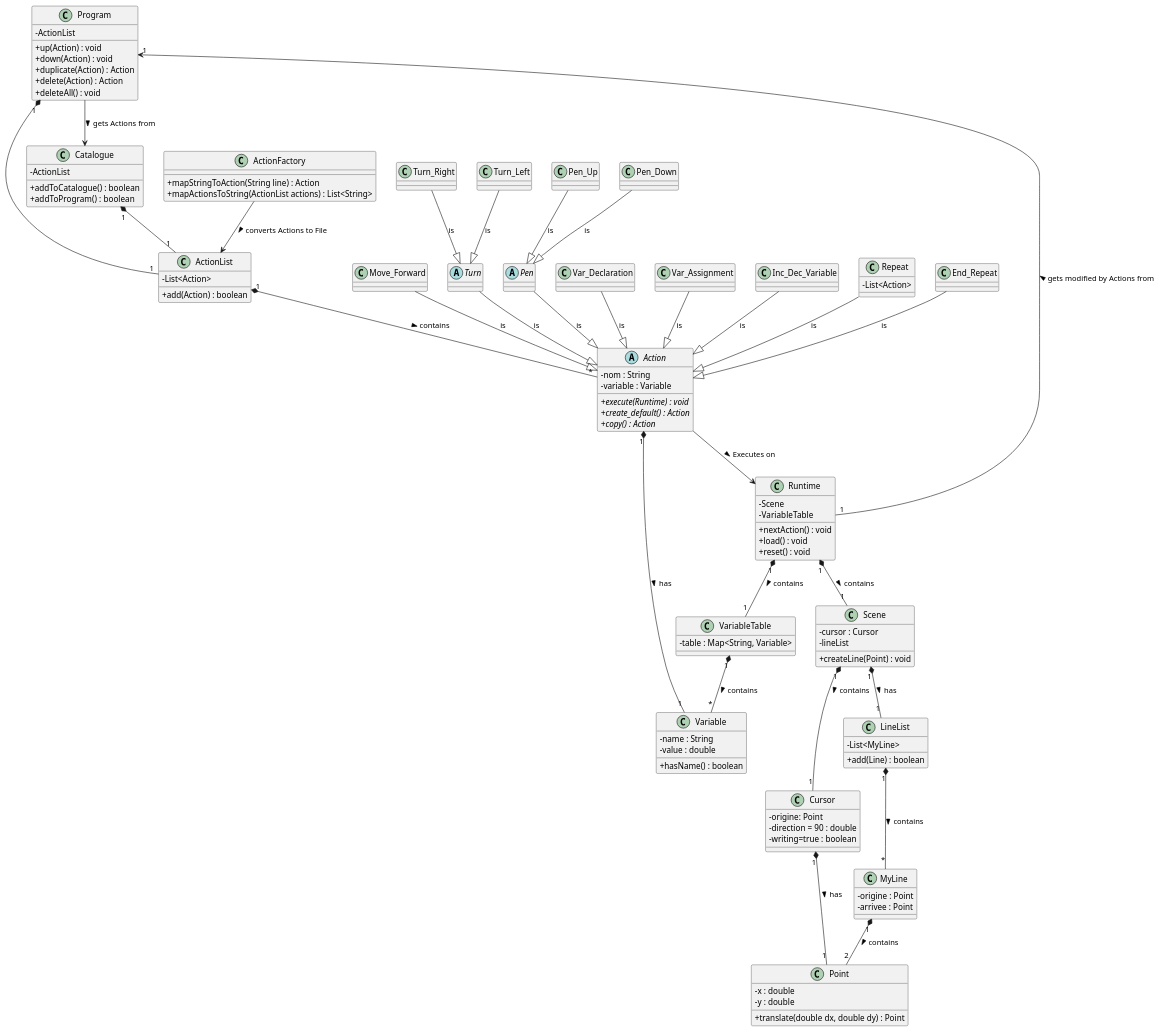
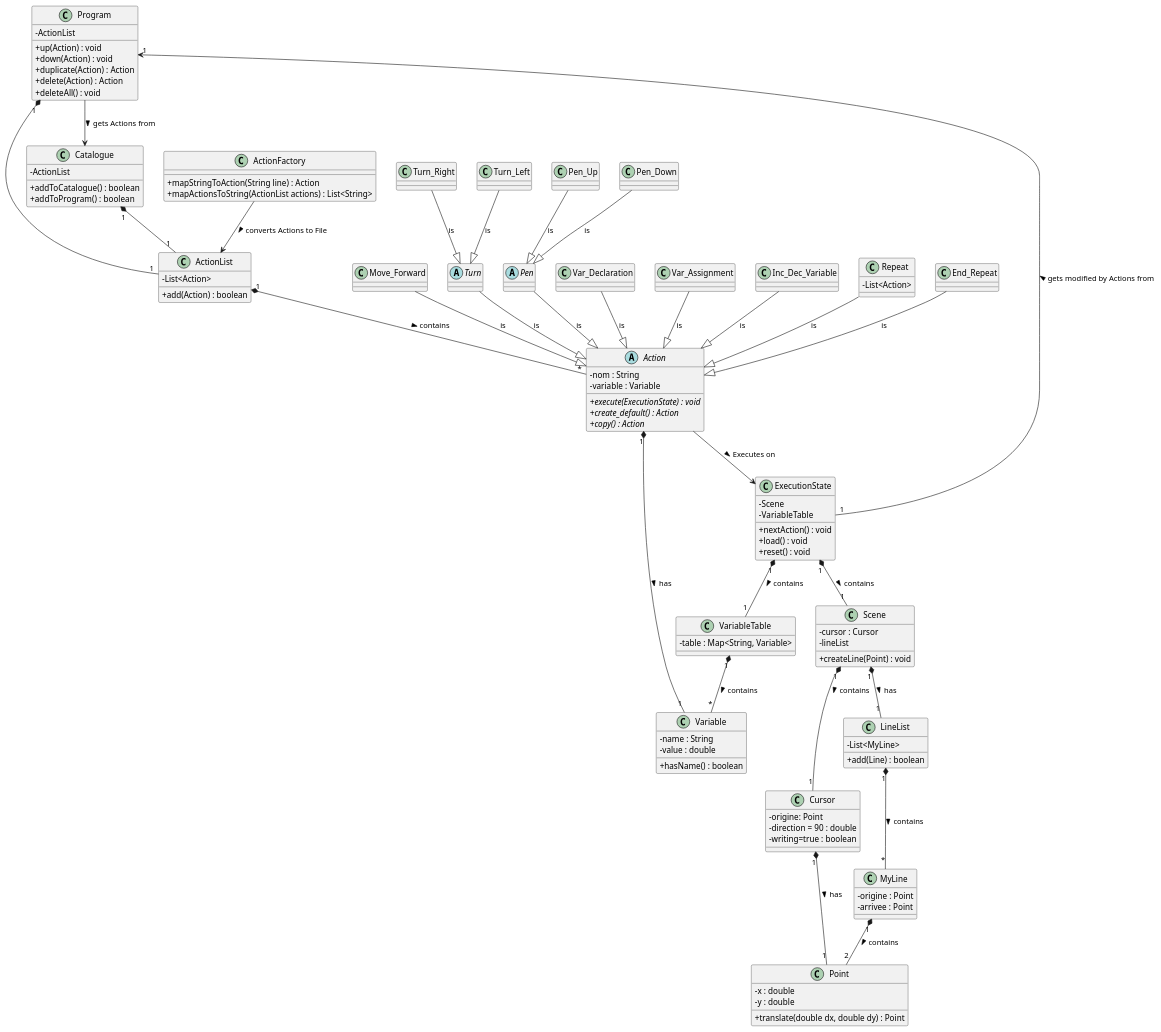
Before and after one commit to ajeridi/scratchlike-project: the diagram in diagramme_classes.puml, drawn with PlantUML.

Commit message:
refactor(diagramme_classe) : renommage de Runtime en ExecutionState pour plus de coherence

```diff
--- a/diagramme_classes.puml
+++ b/diagramme_classes.puml
@@ -1,169 +1,169 @@
 @startuml
 
 skinparam Shadowing false               /' Désactive l'effet d'ombre sur les éléments '/
 skinparam classAttributeIconSize 0      /' Taille des icônes d'attribut de classe (ici 0 pour les cacher) '/
 skinparam defaultFontName Consolas      /' Utilisation de la police Consolas par défaut '/
 !pragma useIntermediatePackages false   /' Désactive l'utilisation de packages intermédiaires '/
 
 
 class Program {
      - ActionList
      + up(Action) : void
      + down(Action) : void
      + duplicate(Action) : Action
      + delete(Action) : Action
      + deleteAll() : void
 }
 
 class ActionList{
     - List<Action>
     + add(Action) : boolean
 }
 
 
 class Catalogue {
     - ActionList
     + addToCatalogue() : boolean
     + addToProgram() : boolean
 }
 
 class ActionFactory {
     + mapStringToAction(String line) : Action
     +  mapActionsToString(ActionList actions) : List<String>
 }
 
 abstract class Action {
     - nom : String
     - variable : Variable
-    + {abstract} execute(Runtime) : void
+    + {abstract} execute(ExecutionState) : void
     + {abstract} create_default() : Action
     + {abstract} copy() : Action
 }
 
 
 class Variable {
     - name : String
     - value : double
     + hasName() : boolean
 }
 
 class Move_Forward {
 }
 
 abstract class Turn {
 }
 
 class Turn_Right {
 }
 
 class Turn_Left {
 }
 
 abstract class Pen {
 
 }
 
 class Pen_Up {
 }
 
 class Pen_Down {
 }
 
 class Var_Declaration {
     /'declare une variable'/
 }
 
 class Var_Assignment {
     /'Assigne une variable'/
 }
 
 class Inc_Dec_Variable {
     /'Incrémente ou décrémente la variable'/
 }
 
 class Repeat {
     - List<Action>
 }
 
 class End_Repeat{
 }
 
 class VariableTable {
     - table : Map<String, Variable>
 }
 
-class Runtime {
+class ExecutionState {
     - Scene
     - VariableTable
     + nextAction() : void
     + load() : void
     + reset() : void
 }
 
 class Scene {
     - cursor : Cursor
     - lineList
     + createLine(Point) : void
 }
 
 class Cursor {
     - origine: Point
     - direction = 90 : double
     - writing=true : boolean
 }
 
 class LineList {
     - List<MyLine>
     + add(Line) : boolean
 }
 
 class MyLine {
     - origine : Point
     - arrivee : Point
 }
 
 class Point {
     - x : double
     - y : double
     + translate(double dx, double dy) : Point
 }
 
 
 Move_Forward --|> Action : is
 Turn --|> Action : is
 Turn_Right --|> Turn : is
 Turn_Left --|> Turn : is
 
 Pen --|> Action : is
 Pen_Up --|> Pen : is
 Pen_Down --|> Pen : is
 Var_Declaration --|> Action: is
 Var_Assignment --|> Action: is
 Inc_Dec_Variable --|> Action: is
 Repeat --|> Action : is
 End_Repeat --|> Action : is
 
 ActionFactory --> ActionList : > converts Actions to File
-Action --> Runtime : > Executes on
+Action --> ExecutionState : > Executes on
 Program "1"*--"1" ActionList
 ActionList "1"*--"*" Action : > contains
 Catalogue "1"*--"1" ActionList
 Action "1"*--"1" Variable : > has
 
 VariableTable "1"*--"*" Variable : > contains
 
-Runtime "1"*--"1" Scene : > contains
-Runtime "1"*--"1" VariableTable : > contains
+ExecutionState "1"*--"1" Scene : > contains
+ExecutionState "1"*--"1" VariableTable : > contains
 
 Scene "1"*--"1" Cursor : > contains
 Scene "1"*--"1" LineList : > has
 LineList "1"*--"*" MyLine : > contains
 Cursor "1"*--"1" Point : > has
 MyLine "1"*--"2" Point : > contains
 
-Runtime "1"-->"1" Program : > gets modified by Actions from
+ExecutionState "1"-->"1" Program : > gets modified by Actions from
 
 Program --> Catalogue : >  gets Actions from
 
 
 @enduml
```
